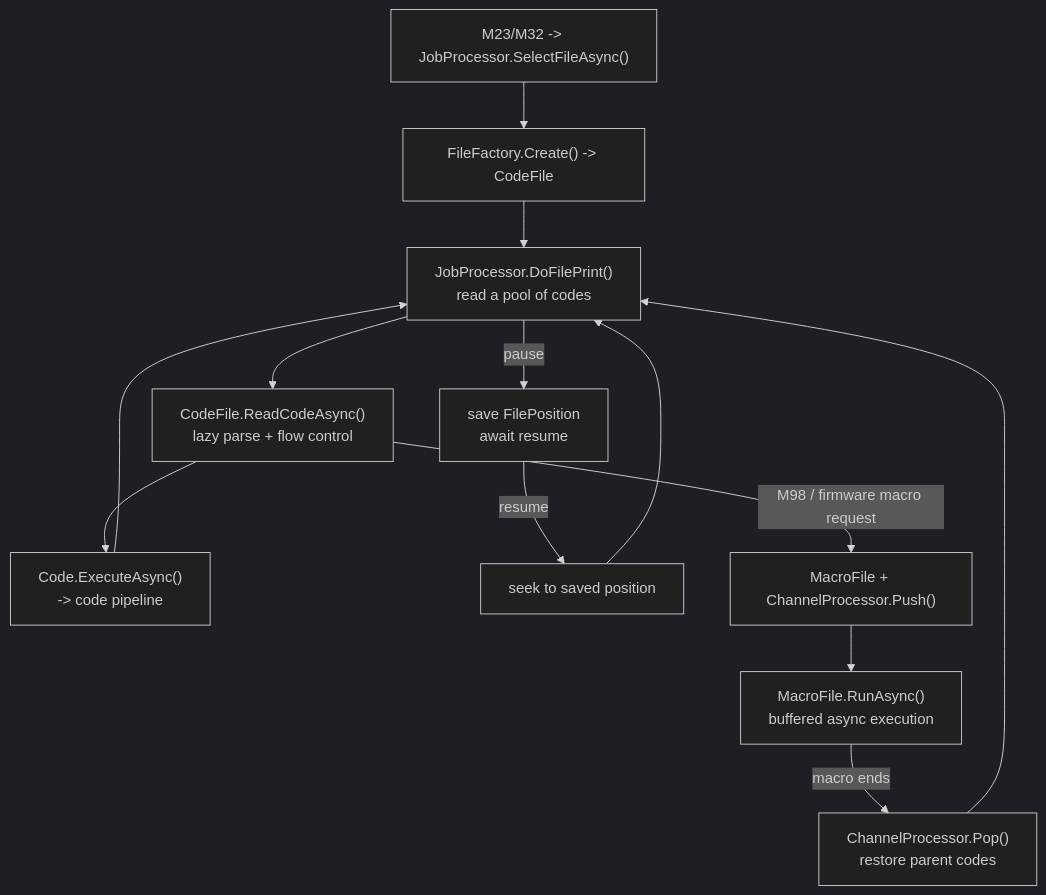
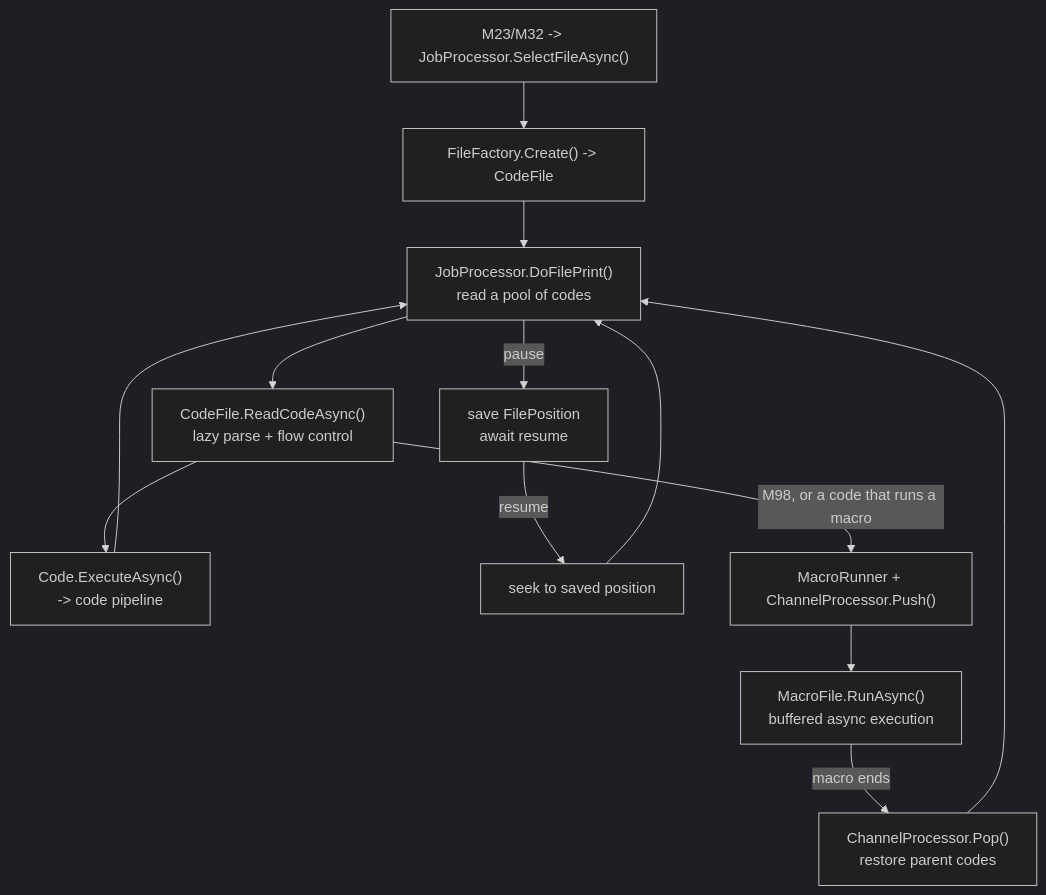
Before and after one commit to Duet3D/DuetSoftwareFramework: the diagram in src/Documentation/articles/file-management.md, drawn with Mermaid (dark theme). The commit also changed other lines of this file and 8 other files, not shown here.

````diff
--- a/src/Documentation/articles/file-management.md
+++ b/src/Documentation/articles/file-management.md
@@ -49,17 +51,17 @@
 ```mermaid
 flowchart TD
     SEL["M23/M32 -> JobProcessor.SelectFileAsync()"] --> OPEN["FileFactory.Create() -> CodeFile"]
     OPEN --> LOOP["JobProcessor.DoFilePrint()<br/>read a pool of codes"]
     LOOP --> READ["CodeFile.ReadCodeAsync()<br/>lazy parse + flow control"]
     READ --> PIPE["Code.ExecuteAsync()<br/>-> code pipeline"]
     PIPE --> LOOP
 
     LOOP -- "pause" --> PAUSE["save FilePosition<br/>await resume"]
     PAUSE -- "resume" --> SEEK["seek to saved position"]
     SEEK --> LOOP
 
-    READ -- "M98 / firmware macro request" --> MAC["MacroFile + ChannelProcessor.Push()"]
+    READ -- "M98, or a code that runs a macro" --> MAC["MacroRunner + ChannelProcessor.Push()"]
     MAC --> MACLOOP["MacroFile.RunAsync()<br/>buffered async execution"]
     MACLOOP -- "macro ends" --> POP["ChannelProcessor.Pop()<br/>restore parent codes"]
     POP --> LOOP
 ```
````
